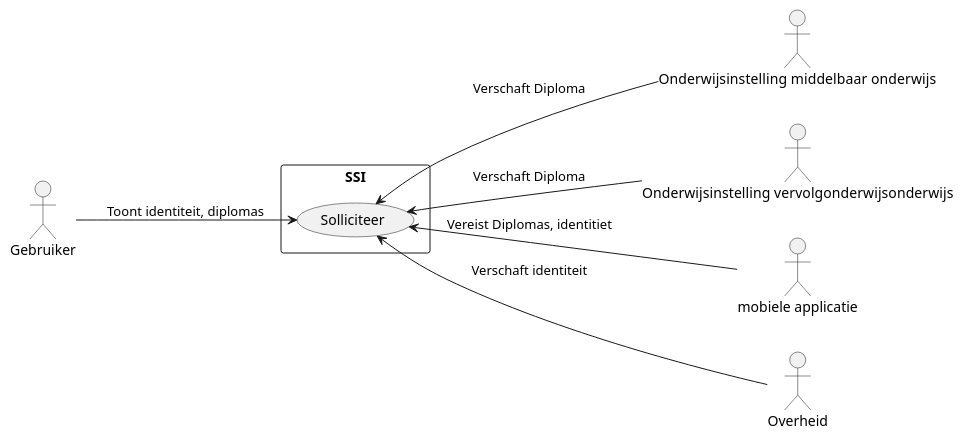
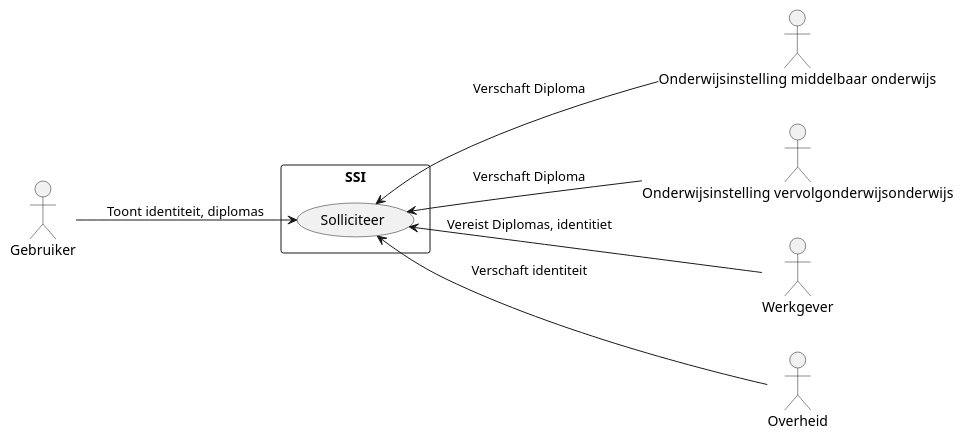
The diagram in diagrams/usecases/uc3.puml (SelSolvID/docs), drawn with PlantUML before and after one commit.

```diff
--- a/diagrams/usecases/uc3.puml
+++ b/diagrams/usecases/uc3.puml
@@ -1,20 +1,20 @@
 @startuml uc3 diagram
 
 actor "Gebruiker" as user
 actor "Onderwijsinstelling  middelbaar onderwijs" as omo
 actor "Onderwijsinstelling  vervolgonderwijsonderwijs" as ovo
-:mobiele applicatie: as wg
+actor "Werkgever" as wg
 actor "Overheid" as o
 
 rectangle SSI {
   left to right direction
     usecase "Solliciteer" as UC3
   }
 
 user --> UC3 : Toont identiteit, diplomas
 UC3 <-- wg : Vereist Diplomas, identitiet
 UC3 <-- omo: Verschaft Diploma
 UC3 <-- ovo: Verschaft Diploma
 UC3 <-- o : Verschaft identiteit
 
 @enduml
```
